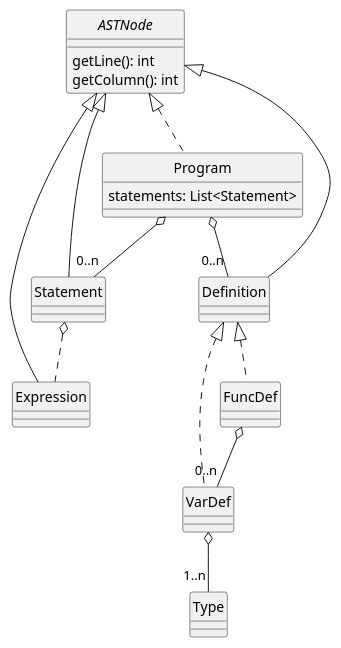
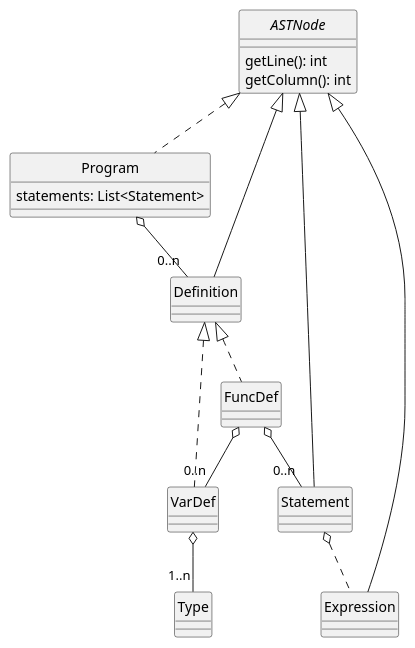
Before and after one commit to uo271288/dlp-compiler: the diagram in docs/diagrams/program.plantuml, drawn with PlantUML. The commit also changed 7 other files, not shown here.

Commit message:
Program and Statement Diagram modified I have found what I think is an error in Program Diagram and fixed it. Also finished Statement Diagram

```diff
--- a/docs/diagrams/program.plantuml
+++ b/docs/diagrams/program.plantuml
@@ -1,39 +1,39 @@
 @startuml Program
 skinparam style strictuml
 skinparam monochrome true
 
 
 interface ASTNode {
     getLine(): int
     getColumn(): int
 }
 
 class Program {
     statements: List<Statement>
 }
 
 class Statement
 
 class Expression
 
 class Definition
 
 class VarDef
 
 class FuncDef
 
 class Type
 
 ASTNode <|.. Program
 ASTNode <|-- Statement
 ASTNode <|-- Expression
 ASTNode <|-- Definition
-Program o-- "0..n" Statement
 Program o-- "0..n" Definition
 Statement o.. Expression
 Definition <|.. VarDef
 Definition <|.. FuncDef
+FuncDef o-- "0..n" Statement
 FuncDef o-- "0..n" VarDef
 VarDef o-- "1..n" Type
 
 @enduml
```
